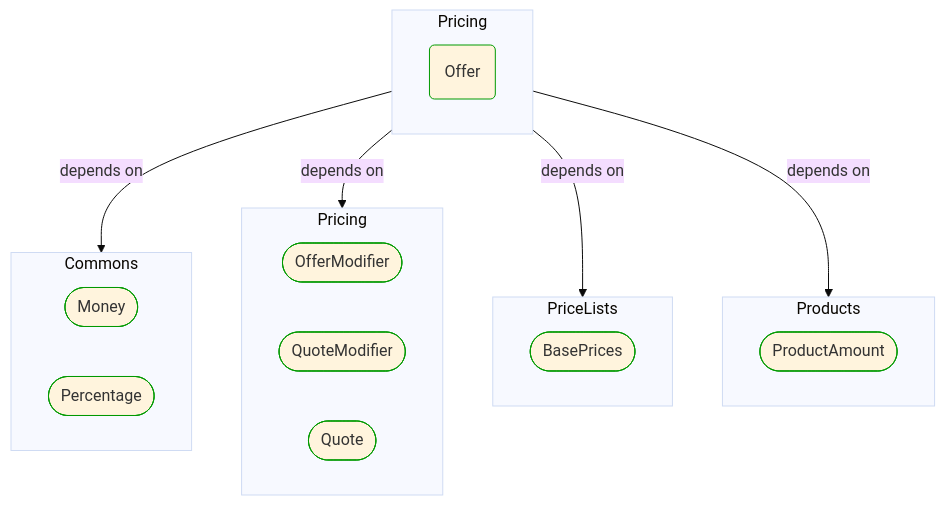
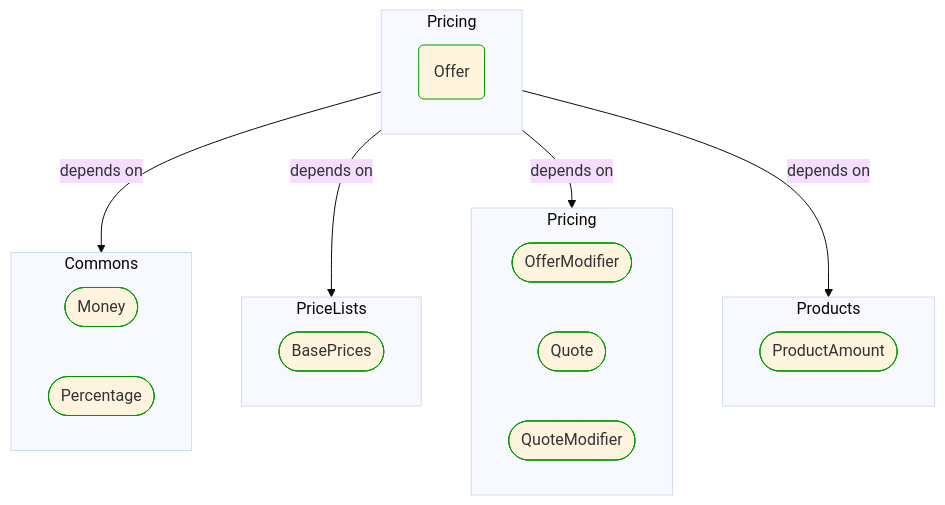
Before and after one commit to itlibrium/DDD-starter-dotnet: the first of 2 diagrams in Docs/P3/MermaidOutput/BuildingBlocks/Sales/Pricing/Offer.md, drawn with Mermaid (base theme). The commit also changed other lines of this file and 78 other files, not shown here.

````diff
--- a/Docs/P3/MermaidOutput/BuildingBlocks/Sales/Pricing/Offer.md
+++ b/Docs/P3/MermaidOutput/BuildingBlocks/Sales/Pricing/Offer.md
@@ -18,36 +18,36 @@
 ```mermaid
   flowchart TB
     subgraph 0["Pricing"]
       1(Offer)
       class 1 DomainPerspective
     end
     subgraph 2["Commons"]
       3([Money])
       class 3 DomainPerspective
       4([Percentage])
       class 4 DomainPerspective
     end
-    subgraph 5["Pricing"]
-      6([OfferModifier])
+    subgraph 5["PriceLists"]
+      6([BasePrices])
       class 6 DomainPerspective
-      7([QuoteModifier])
-      class 7 DomainPerspective
-      8([Quote])
+    end
+    subgraph 7["Pricing"]
+      8([OfferModifier])
       class 8 DomainPerspective
-    end
-    subgraph 9["PriceLists"]
-      10([BasePrices])
+      9([Quote])
+      class 9 DomainPerspective
+      10([QuoteModifier])
       class 10 DomainPerspective
     end
     subgraph 11["Products"]
       12([ProductAmount])
       class 12 DomainPerspective
     end
     0-->|depends on|2
     0-->|depends on|5
-    0-->|depends on|9
+    0-->|depends on|7
     0-->|depends on|11
     classDef DomainPerspective stroke:#009900
     classDef TechnologyPerspective stroke:#1F41EB
     classDef PeoplePerspective stroke:#FFF014
 ```
````
